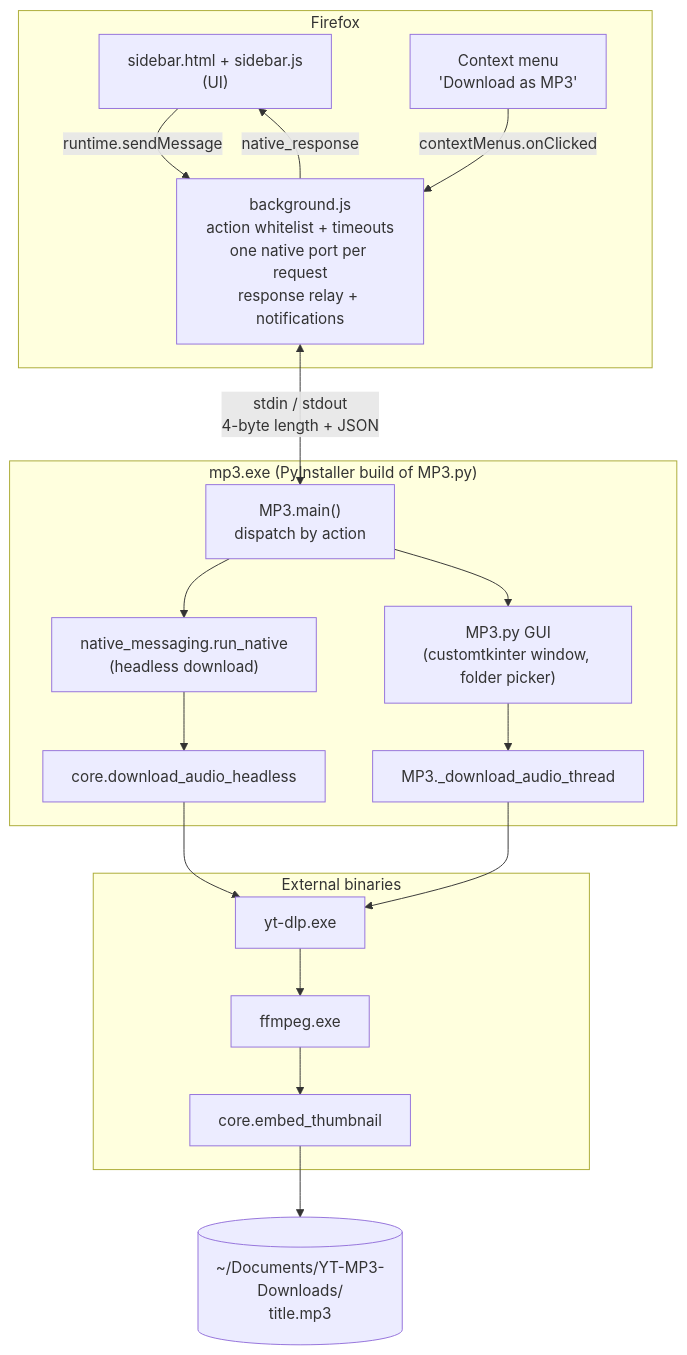
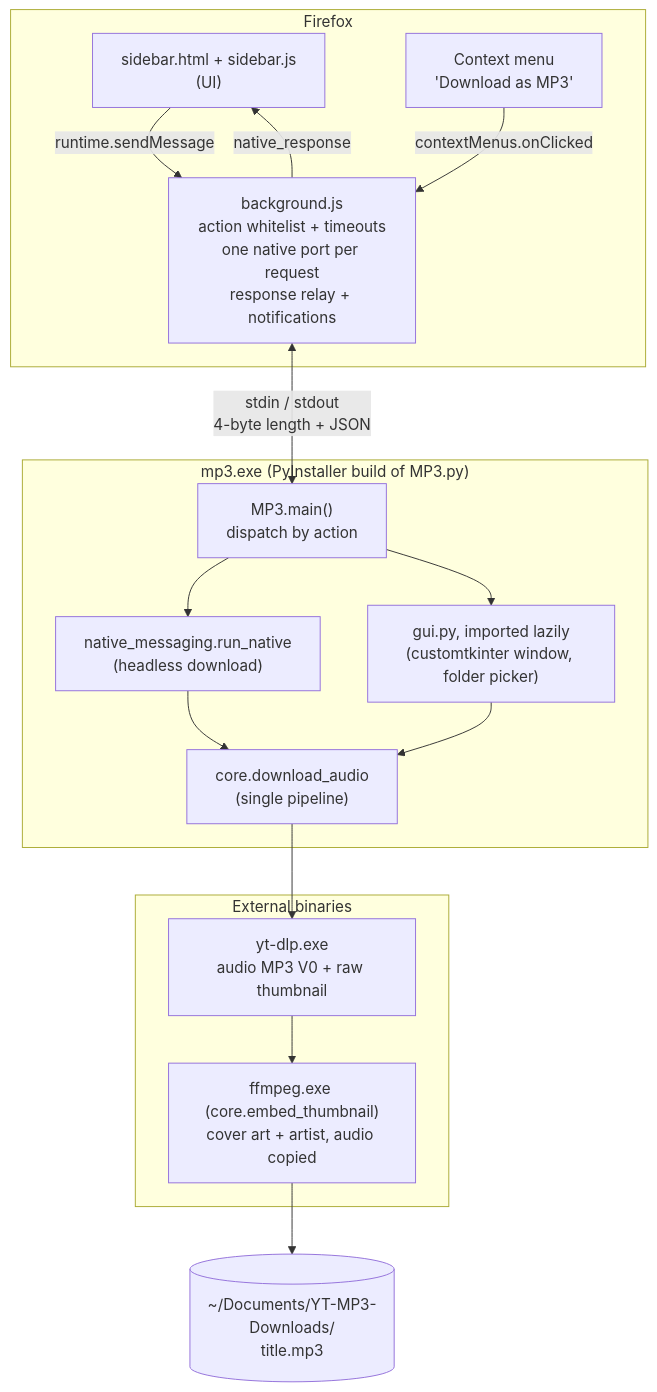
Before and after one commit to martin-iflap/YT-MP3-Downloader: the first of 18 diagrams in ARCHITECTURE.md, drawn with Mermaid. The commit also changed other lines of this file and 11 other files, not shown here.

````diff
--- a/ARCHITECTURE.md
+++ b/ARCHITECTURE.md
@@ -13,33 +13,30 @@
 ```mermaid
 flowchart TB
     subgraph FF["Firefox"]
         SB["sidebar.html + sidebar.js<br/>(UI)"]
         CM["Context menu<br/>'Download as MP3'"]
         BG["background.js<br/>action whitelist + timeouts<br/>one native port per request<br/>response relay + notifications"]
         SB -- "runtime.sendMessage" --> BG
         CM -- "contextMenus.onClicked" --> BG
         BG -- "native_response" --> SB
     end
 
     subgraph HOST["mp3.exe (PyInstaller build of MP3.py)"]
         MAIN["MP3.main()<br/>dispatch by action"]
         RN["native_messaging.run_native<br/>(headless download)"]
-        GUI["MP3.py GUI<br/>(customtkinter window, folder picker)"]
-        CORE["core.download_audio_headless"]
-        GDL["MP3._download_audio_thread"]
+        GUI["gui.py, imported lazily<br/>(customtkinter window, folder picker)"]
+        CORE["core.download_audio<br/>(single pipeline)"]
         MAIN --> RN --> CORE
-        MAIN --> GUI --> GDL
+        MAIN --> GUI --> CORE
     end
 
     subgraph TOOLS["External binaries"]
-        YT["yt-dlp.exe"]
-        FFM["ffmpeg.exe"]
-        EMB["core.embed_thumbnail"]
-        YT --> FFM --> EMB
+        YT["yt-dlp.exe<br/>audio MP3 V0 + raw thumbnail"]
+        FFM["ffmpeg.exe (core.embed_thumbnail)<br/>cover art + artist, audio copied"]
+        YT --> FFM
     end
 
     BG <-- "stdin / stdout<br/>4-byte length + JSON" --> MAIN
     CORE --> YT
-    GDL --> YT
-    EMB --> OUT[("~/Documents/YT-MP3-Downloads/<br/>title.mp3")]
+    FFM --> OUT[("~/Documents/YT-MP3-Downloads/<br/>title.mp3")]
 ```
````
